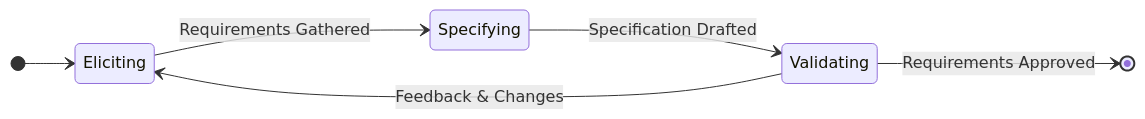
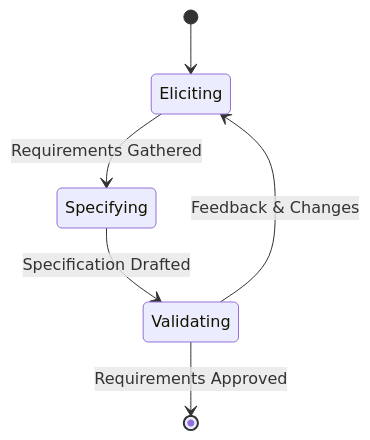
Before and after one commit to sujith-eag/sujith-library: the third of 6 diagrams in docs/mca/se/unit_11/2_requirement_engineering_process.md, drawn with Mermaid. The commit also changed other lines of this file and 3 other files, not shown here.

````diff
--- a/docs/mca/se/unit_11/2_requirement_engineering_process.md
+++ b/docs/mca/se/unit_11/2_requirement_engineering_process.md
@@ -67,9 +66,8 @@
 ```mermaid
 stateDiagram-v2
-    direction LR
     [*] --> Eliciting
     Eliciting --> Specifying: Requirements Gathered
     Specifying --> Validating: Specification Drafted
     Validating --> Eliciting: Feedback & Changes
     Validating --> [*]: Requirements Approved
 ```
````
